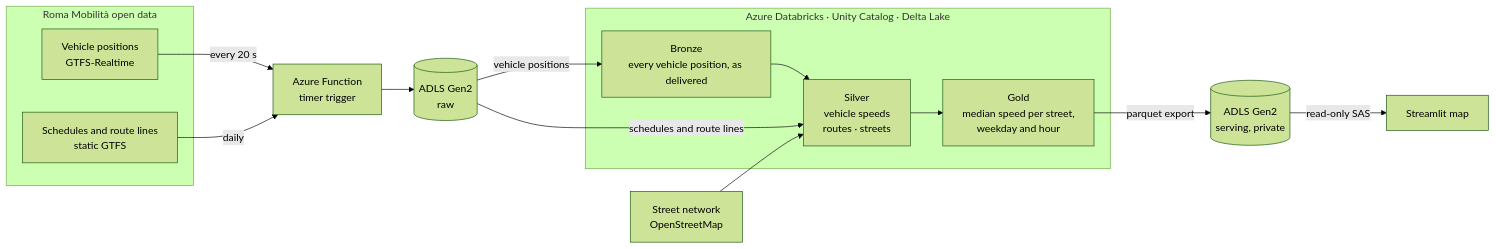
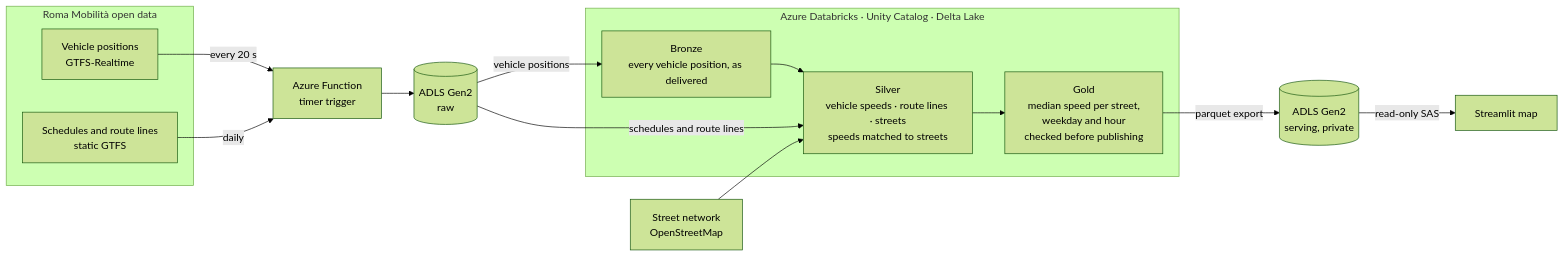
The diagram in README.md (vshereperov/transit-lakehouse), drawn with Mermaid (forest theme) before and after one commit. The commit also changed other lines of this file, not shown here.

````diff
--- a/README.md
+++ b/README.md
@@ -50,22 +50,22 @@
 ```mermaid
 flowchart LR
     subgraph source["Roma Mobilità open data"]
         feed["Vehicle positions<br>GTFS-Realtime"]
         static["Schedules and route lines<br>static GTFS"]
     end
 
     feed -- "every 20 s" --> fn["Azure Function<br>timer trigger"]
     static -- "daily" --> fn
     fn --> raw[("ADLS Gen2<br>raw")]
 
     subgraph dbx["Azure Databricks · Unity Catalog · Delta Lake"]
-        bronze["Bronze<br>every vehicle position, as delivered"] --> silver["Silver<br>vehicle speeds<br>routes · streets"]
-        silver --> gold["Gold<br>median speed per street,<br>weekday and hour"]
+        bronze["Bronze<br>every vehicle position, as delivered"] --> silver["Silver<br>vehicle speeds · route lines · streets<br>speeds matched to streets"]
+        silver --> gold["Gold<br>median speed per street,<br>weekday and hour<br>checked before publishing"]
     end
 
     raw -- "vehicle positions" --> bronze
     raw -- "schedules and route lines" --> silver
     osm["Street network<br>OpenStreetMap"] --> silver
     gold -- "parquet export" --> serving[("ADLS Gen2<br>serving, private")]
     serving -- "read-only SAS" --> app["Streamlit map"]
 ```
````
